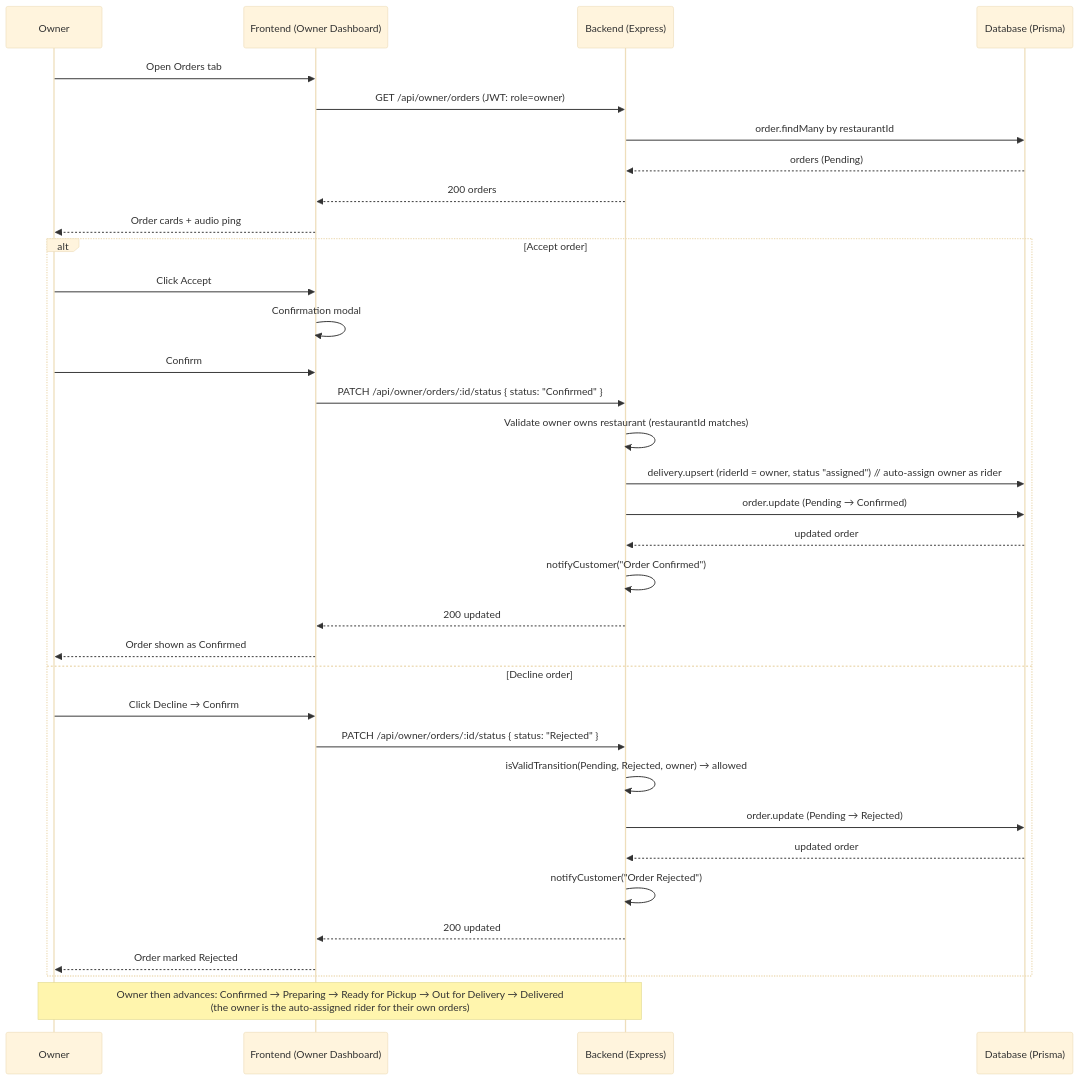
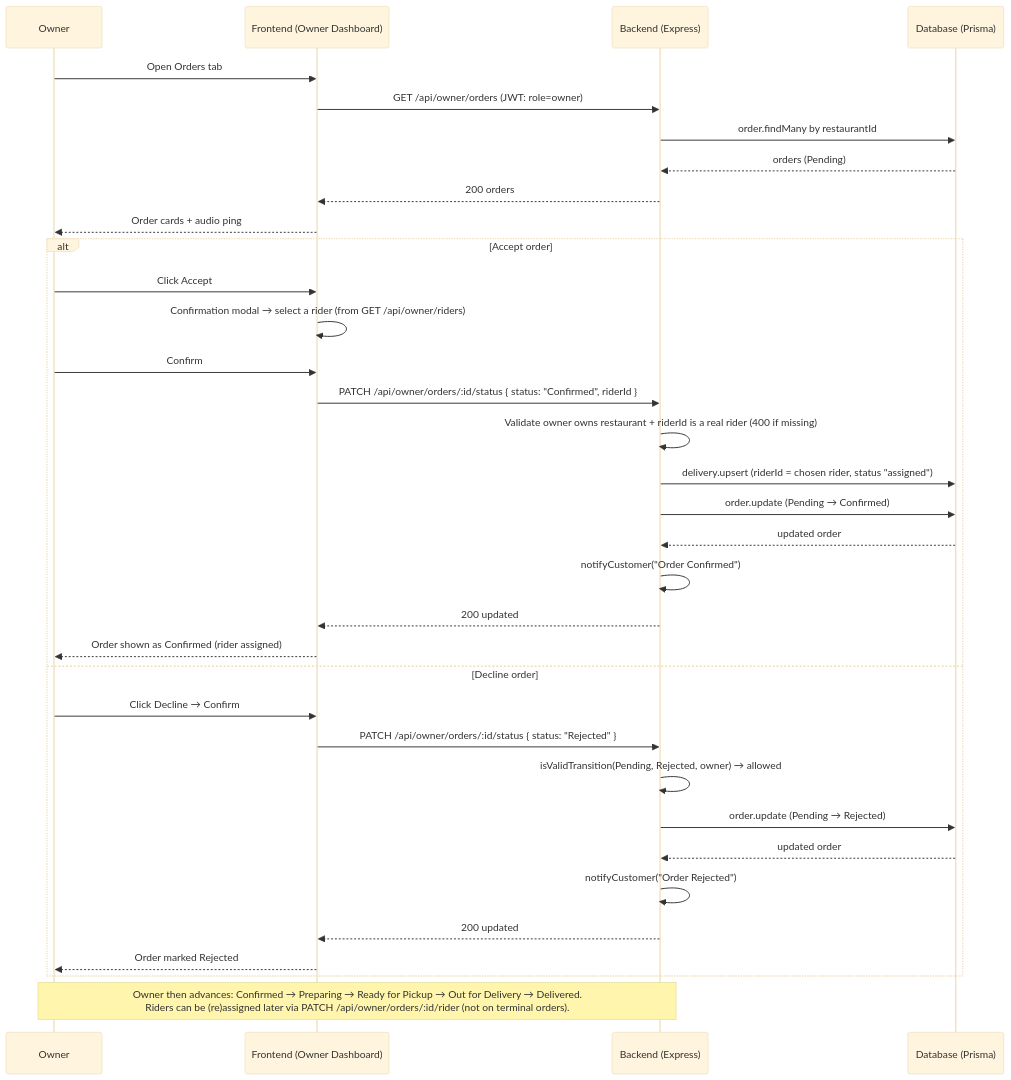
Before and after one commit to Saugatojha/food-delivery-frontend: the fifth of 11 diagrams in SEQUENCE_DIAGRAMS.md, drawn with Mermaid (base theme). The commit also changed other lines of this file and 34 other files, not shown here.

First line of the commit message:
feat: password reset via email + owner-driven rider dispatch; vite proxy; docs

````diff
--- a/SEQUENCE_DIAGRAMS.md
+++ b/SEQUENCE_DIAGRAMS.md
@@ -126,39 +162,39 @@
 ```mermaid
 sequenceDiagram
     participant O as Owner
     participant F as Frontend (Owner Dashboard)
     participant S as Backend (Express)
     participant D as Database (Prisma)
 
     O->>F: Open Orders tab
     F->>S: GET /api/owner/orders (JWT: role=owner)
     S->>D: order.findMany by restaurantId
     D-->>S: orders (Pending)
     S-->>F: 200 orders
     F-->>O: Order cards + audio ping
 
     alt Accept order
         O->>F: Click Accept
-        F->>F: Confirmation modal
+        F->>F: Confirmation modal → select a rider (from GET /api/owner/riders)
         O->>F: Confirm
-        F->>S: PATCH /api/owner/orders/:id/status { status: "Confirmed" }
-        S->>S: Validate owner owns restaurant (restaurantId matches)
-        S->>D: delivery.upsert (riderId = owner, status "assigned")  // auto-assign owner as rider
+        F->>S: PATCH /api/owner/orders/:id/status { status: "Confirmed", riderId }
+        S->>S: Validate owner owns restaurant + riderId is a real rider (400 if missing)
+        S->>D: delivery.upsert (riderId = chosen rider, status "assigned")
         S->>D: order.update (Pending → Confirmed)
         D-->>S: updated order
         S->>S: notifyCustomer("Order Confirmed")
         S-->>F: 200 updated
-        F-->>O: Order shown as Confirmed
+        F-->>O: Order shown as Confirmed (rider assigned)
     else Decline order
         O->>F: Click Decline → Confirm
         F->>S: PATCH /api/owner/orders/:id/status { status: "Rejected" }
         S->>S: isValidTransition(Pending, Rejected, owner) → allowed
         S->>D: order.update (Pending → Rejected)
         D-->>S: updated order
         S->>S: notifyCustomer("Order Rejected")
         S-->>F: 200 updated
         F-->>O: Order marked Rejected
     end
 
-    Note over O,S: Owner then advances: Confirmed → Preparing → Ready for Pickup → Out for Delivery → Delivered<br/>(the owner is the auto-assigned rider for their own orders)
+    Note over O,S: Owner then advances: Confirmed → Preparing → Ready for Pickup → Out for Delivery → Delivered.<br/>Riders can be (re)assigned later via PATCH /api/owner/orders/:id/rider (not on terminal orders).
 ```
````
